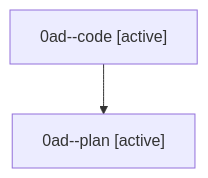
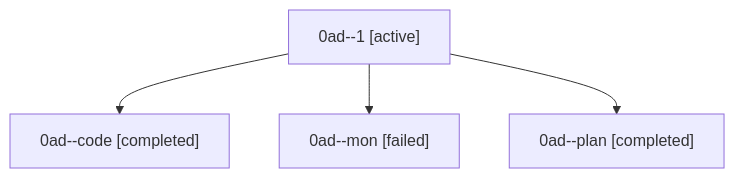
One commit to sase-org/sase--agents changed the diagram in families/bbugyi200.athena.0ad.md. Above: the diagram before and after it, drawn with Mermaid. The commit also changed other lines of this file and 35 other files, not shown here.

````diff
--- a/families/bbugyi200.athena.0ad.md
+++ b/families/bbugyi200.athena.0ad.md
@@ -9,6 +9,10 @@
 ```mermaid
 flowchart TD
-  n0["0ad--code [active]"]
-  n1["0ad--plan [active]"]
+  n0["0ad--1 [active]"]
+  n1["0ad--code [completed]"]
   n0 --> n1
+  n2["0ad--mon [failed]"]
+  n0 --> n2
+  n3["0ad--plan [completed]"]
+  n0 --> n3
 ```
````
